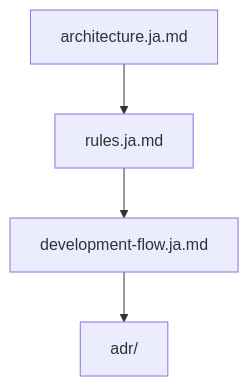
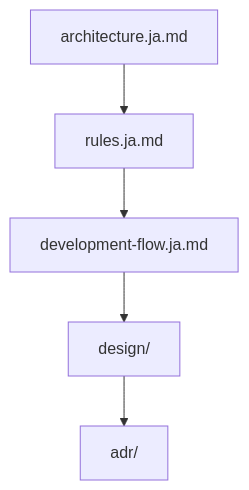
One commit to Tomy-ch/go-boilerplate changed the second of 7 diagrams in docs/ja/index.ja.md. Above: the diagram before and after it, drawn with Mermaid. The commit also changed other lines of this file and 1 other file, not shown here.

````diff
--- a/docs/ja/index.ja.md
+++ b/docs/ja/index.ja.md
@@ -31,4 +53,4 @@
 ```mermaid
 flowchart TB
-    A["architecture.ja.md"] --> B["rules.ja.md"] --> C["development-flow.ja.md"] --> D["adr/"]
+    A["architecture.ja.md"] --> B["rules.ja.md"] --> C["development-flow.ja.md"] --> D["design/"] --> E["adr/"]
 ```
````
